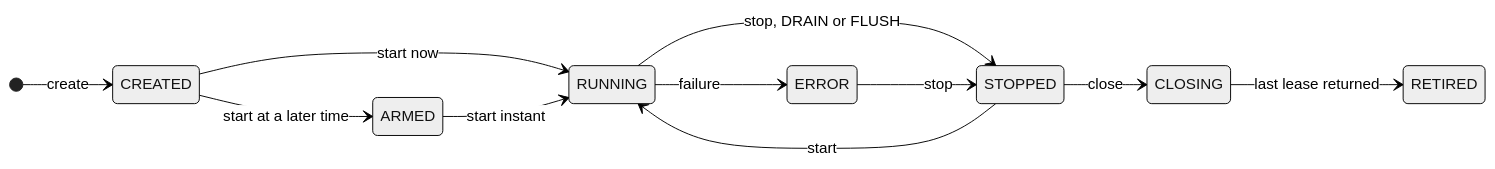
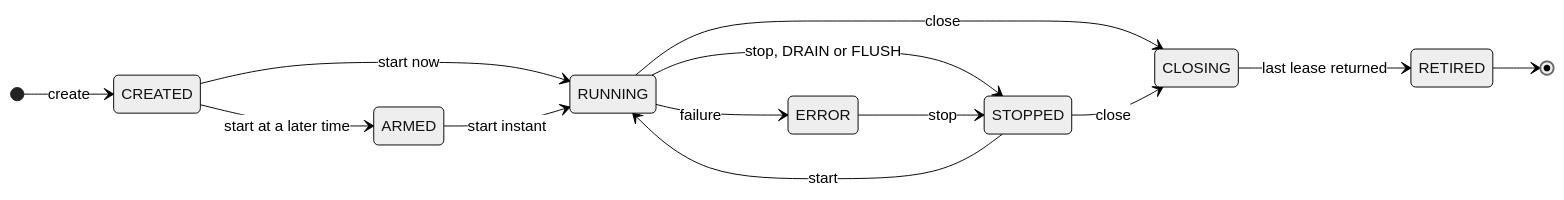
Before and after one commit to Sakoram/Media-Transport-Library: the sixth of 7 diagrams in doc/unified-api/concepts.md, drawn with Mermaid (neutral theme). The commit also changed other lines of this file and 15 other files, not shown here.

First line of the commit message:
Docs: Move the unified API diagrams into their topic documents

````diff
--- a/doc/unified-api/concepts.md
+++ b/doc/unified-api/concepts.md
@@ -424,14 +500,16 @@
 ```mermaid
 stateDiagram-v2
     direction LR
     [*] --> CREATED: create
     CREATED --> ARMED: start at a later time
     CREATED --> RUNNING: start now
     ARMED --> RUNNING: start instant
     RUNNING --> STOPPED: stop, DRAIN or FLUSH
     STOPPED --> RUNNING: start
     RUNNING --> ERROR: failure
     ERROR --> STOPPED: stop
+    RUNNING --> CLOSING: close
     STOPPED --> CLOSING: close
     CLOSING --> RETIRED: last lease returned
+    RETIRED --> [*]
 ```
````
